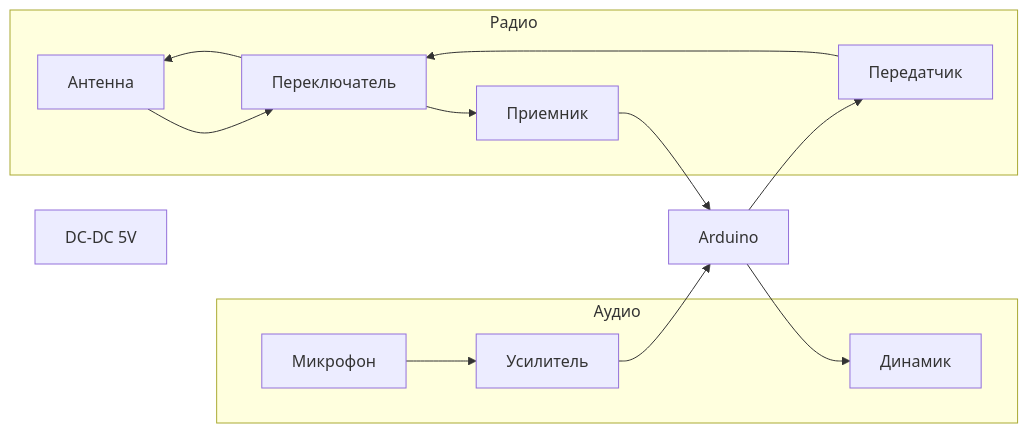
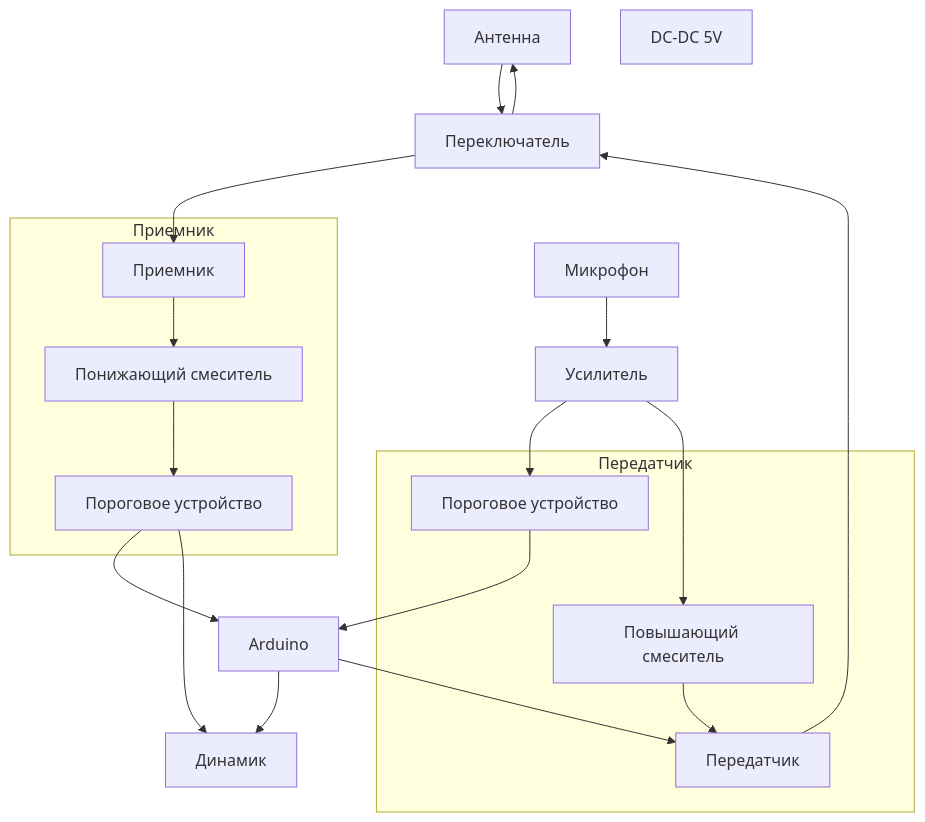
The diagram in README.md (Dimaldos/walkie-talkie), drawn with Mermaid before and after one commit.

````diff
--- a/README.md
+++ b/README.md
@@ -11,32 +11,51 @@
 ```mermaid
-flowchart LR
+flowchart TB
   antenna["Антенна"]
   switch["Переключатель"]
   voltahe_source["DC-DC 5V"]
   arduino["Arduino"]
   transmitter["Передатчик"]
   receiver["Приемник"]
   amplifier["Усилитель"]
   micro["Микрофон"]
   speaker["Динамик"]
-  subgraph Аудио
-    micro
-    amplifier
-    speaker
+  mixer_up["Повышающий смеситель"]
+  mixer_down["Понижающий смеситель"]
+  threshold_rx["Пороговое устройство"]
+  threshold_tx["Пороговое устройство"]
+
+  subgraph Приемник
+    receiver
+    mixer_down
+    threshold_rx
   end
-  subgraph Радио
-    receiver
+
+  subgraph Передатчик
     transmitter
-    switch
-    antenna
+    mixer_up
+    threshold_tx
   end
+
   micro --> amplifier
-  amplifier --> arduino
+  amplifier --> threshold_tx
+  amplifier --> mixer_up
+  mixer_up --> transmitter
+  threshold_tx --> arduino
   arduino --> transmitter
-  receiver --> arduino
-  arduino --> speaker 
   transmitter --> switch
+  switch --> antenna
+
+  antenna --> switch
   switch --> receiver
-  switch --> antenna
-  antenna --> switch
+  receiver --> mixer_down
+  mixer_down --> threshold_rx
+  threshold_rx --> arduino
+  arduino --> speaker
+  threshold_rx --> speaker
+  
+  
+  
+  
+  
+
 ```
````
